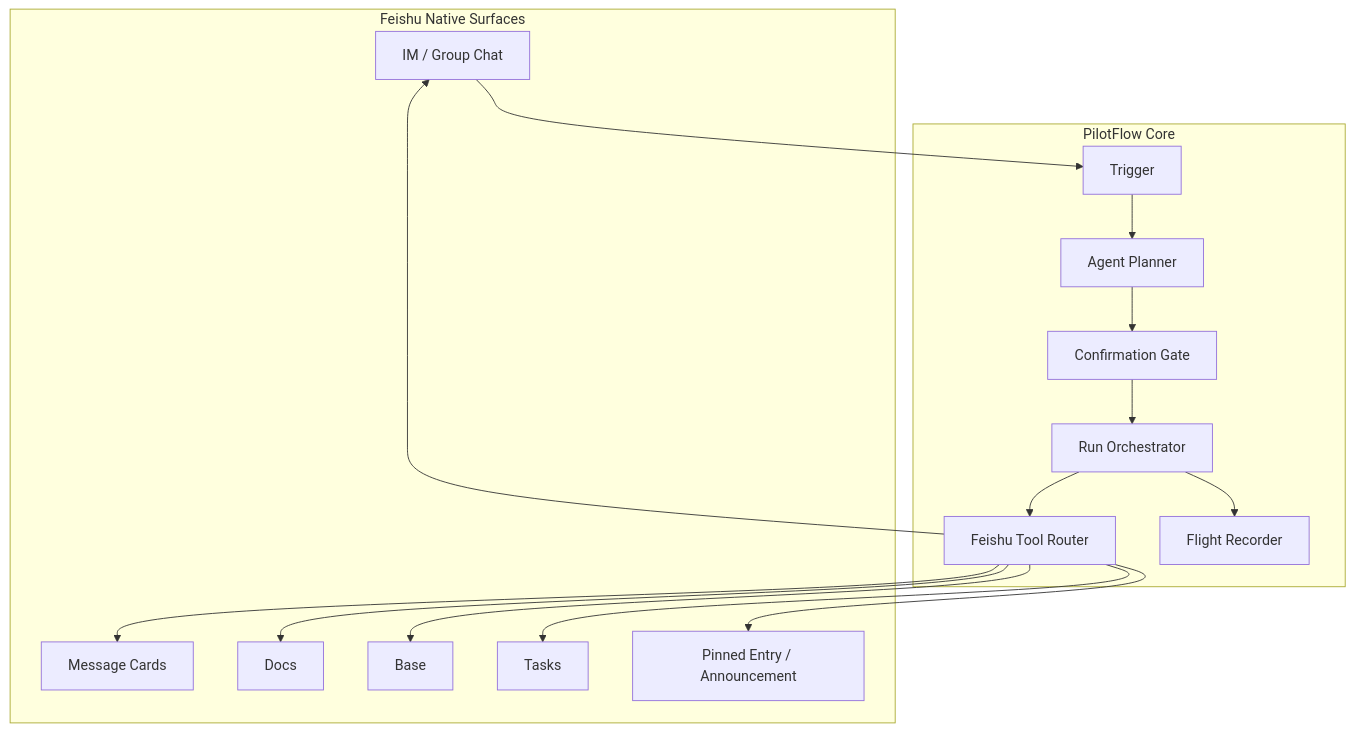
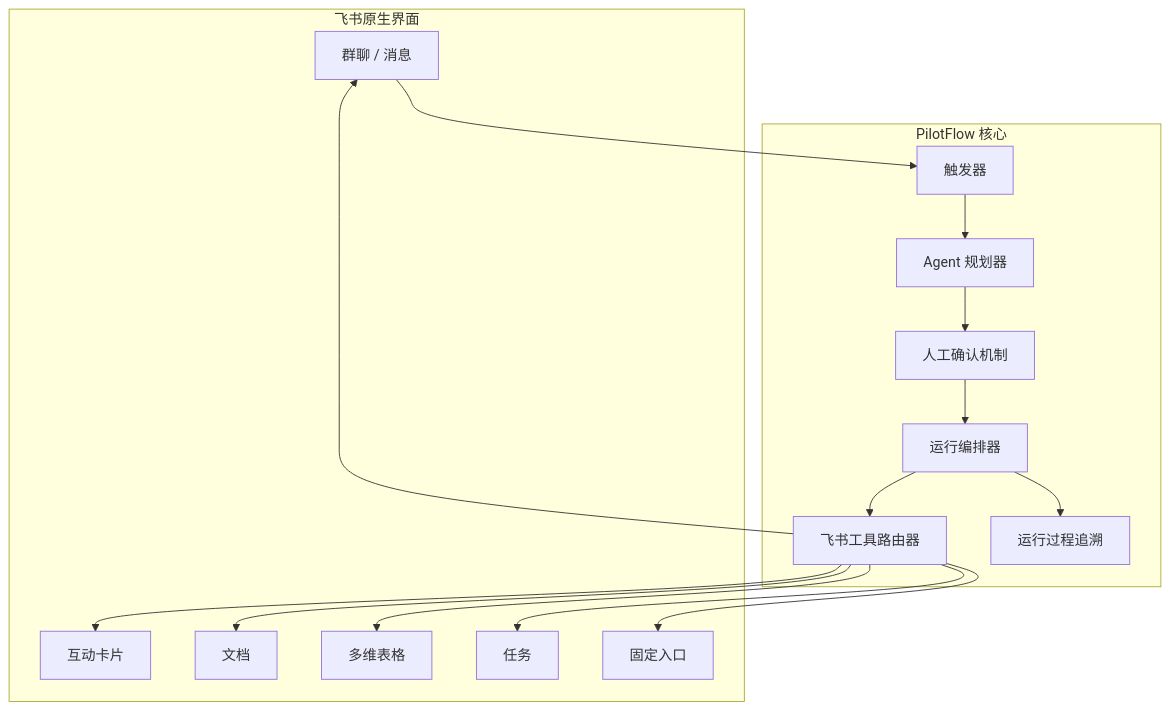
The third of 3 diagrams in README.md (DeliciousBuding/pilot-flow), drawn with Mermaid before and after one commit. The commit also changed other lines of this file and 26 other files, not shown here.

````diff
--- a/README.md
+++ b/README.md
@@ -146,33 +110,33 @@
 ```mermaid
 flowchart TB
-    subgraph "Feishu Native Surfaces"
-        IM["IM / Group Chat"]
-        Card["Message Cards"]
-        Doc["Docs"]
-        Base["Base"]
-        Task["Tasks"]
-        Ann["Pinned Entry / Announcement"]
+    subgraph "飞书原生界面"
+        IM["群聊 / 消息"]
+        Card["互动卡片"]
+        Doc["文档"]
+        Base["多维表格"]
+        Task["任务"]
+        Ann["固定入口"]
     end
 
-    subgraph "PilotFlow Core"
-        Trigger["Trigger"]
-        Planner["Agent Planner"]
-        Confirm["Confirmation Gate"]
-        Orchestrator["Run Orchestrator"]
-        Router["Feishu Tool Router"]
-        Recorder["Flight Recorder"]
+    subgraph "PilotFlow 核心"
+        Trigger["触发器"]
+        Planner["Agent 规划器"]
+        Confirm["人工确认机制"]
+        Orchestrator["运行编排器"]
+        Router["飞书工具路由器"]
+        Recorder["运行过程追溯"]
     end
 
     IM --> Trigger
     Trigger --> Planner
     Planner --> Confirm
     Confirm --> Orchestrator
     Orchestrator --> Router
     Orchestrator --> Recorder
     Router --> Doc
     Router --> Base
     Router --> Task
     Router --> Card
     Router --> Ann
     Router --> IM
 ```
````
